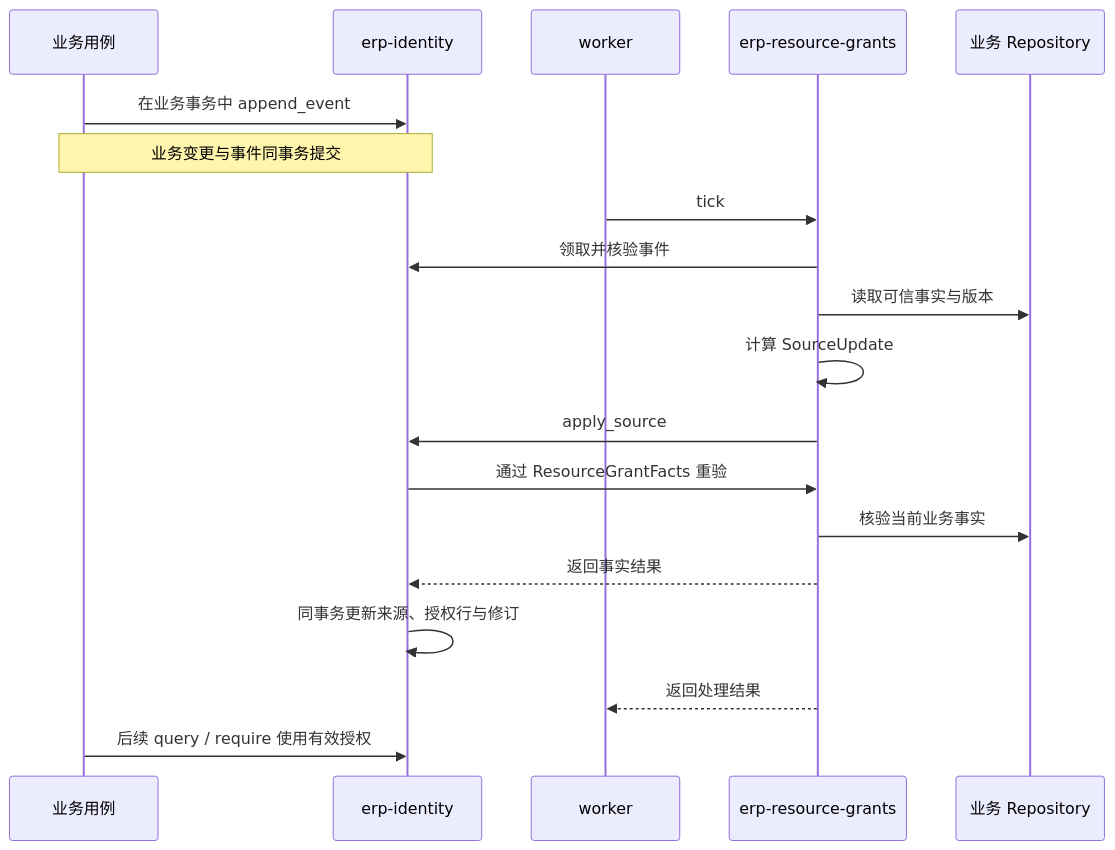
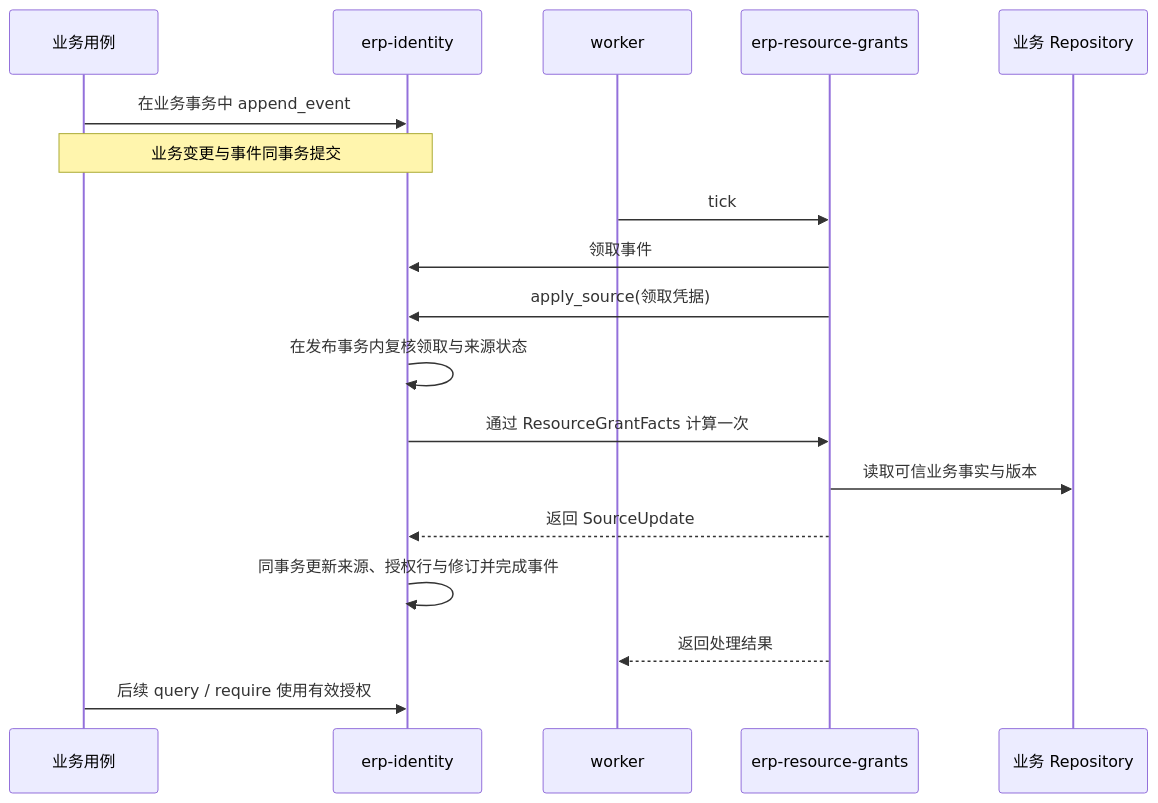
Before and after one commit to mztlive/erp: the second of 2 diagrams in docs/authorization-system-design.md, drawn with Mermaid. The commit also changed other lines of this file and 95 other files, not shown here.

````diff
--- a/docs/authorization-system-design.md
+++ b/docs/authorization-system-design.md
@@ -169,21 +168,20 @@
 ```mermaid
 sequenceDiagram
     participant B as 业务用例
     participant I as erp-identity
     participant W as worker
     participant G as erp-resource-grants
     participant R as 业务 Repository
     B->>I: 在业务事务中 append_event
     Note over B,I: 业务变更与事件同事务提交
     W->>G: tick
-    G->>I: 领取并核验事件
-    G->>R: 读取可信事实与版本
-    G->>G: 计算 SourceUpdate
-    G->>I: apply_source
-    I->>G: 通过 ResourceGrantFacts 重验
-    G->>R: 核验当前业务事实
-    G-->>I: 返回事实结果
-    I->>I: 同事务更新来源、授权行与修订
+    G->>I: 领取事件
+    G->>I: apply_source(领取凭据)
+    I->>I: 在发布事务内复核领取与来源状态
+    I->>G: 通过 ResourceGrantFacts 计算一次
+    G->>R: 读取可信业务事实与版本
+    G-->>I: 返回 SourceUpdate
+    I->>I: 同事务更新来源、授权行与修订并完成事件
     G-->>W: 返回处理结果
     B->>I: 后续 query / require 使用有效授权
 ```
````
